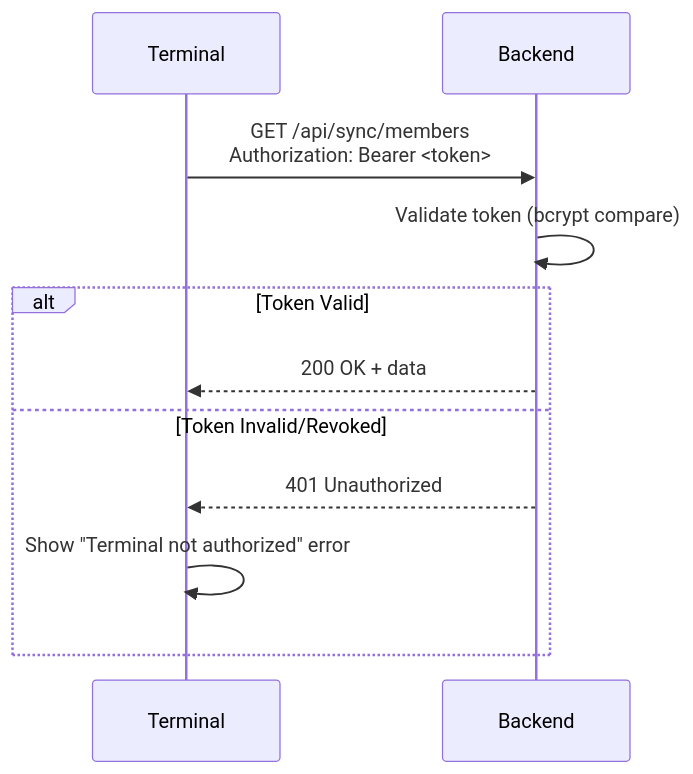
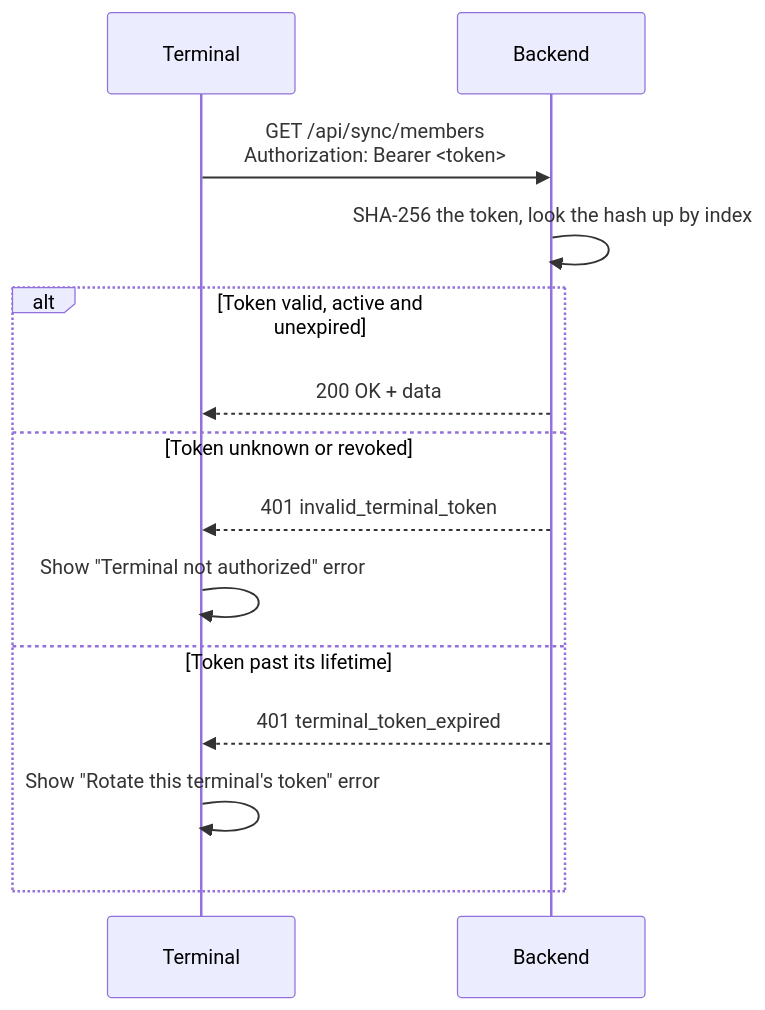
The first of 2 diagrams in adr/0015-authentication-and-authorization-strategy.md (dgloeckner/clubbar), drawn with Mermaid before and after one commit. The commit also changed other lines of this file and 2 other files, not shown here.

First line of the commit message:
Amend ADR-0015: terminal tokens are SHA-256 hashed and expire

````diff
--- a/adr/0015-authentication-and-authorization-strategy.md
+++ b/adr/0015-authentication-and-authorization-strategy.md
@@ -94,14 +96,17 @@
 ```mermaid
 sequenceDiagram
     participant T as Terminal
     participant B as Backend
 
     T->>B: GET /api/sync/members<br/>Authorization: Bearer <token>
-    B->>B: Validate token (bcrypt compare)
-    alt Token Valid
+    B->>B: SHA-256 the token, look the hash up by index
+    alt Token valid, active and unexpired
         B-->>T: 200 OK + data
-    else Token Invalid/Revoked
-        B-->>T: 401 Unauthorized
+    else Token unknown or revoked
+        B-->>T: 401 invalid_terminal_token
         T->>T: Show "Terminal not authorized" error
+    else Token past its lifetime
+        B-->>T: 401 terminal_token_expired
+        T->>T: Show "Rotate this terminal's token" error
     end
 ```
````
